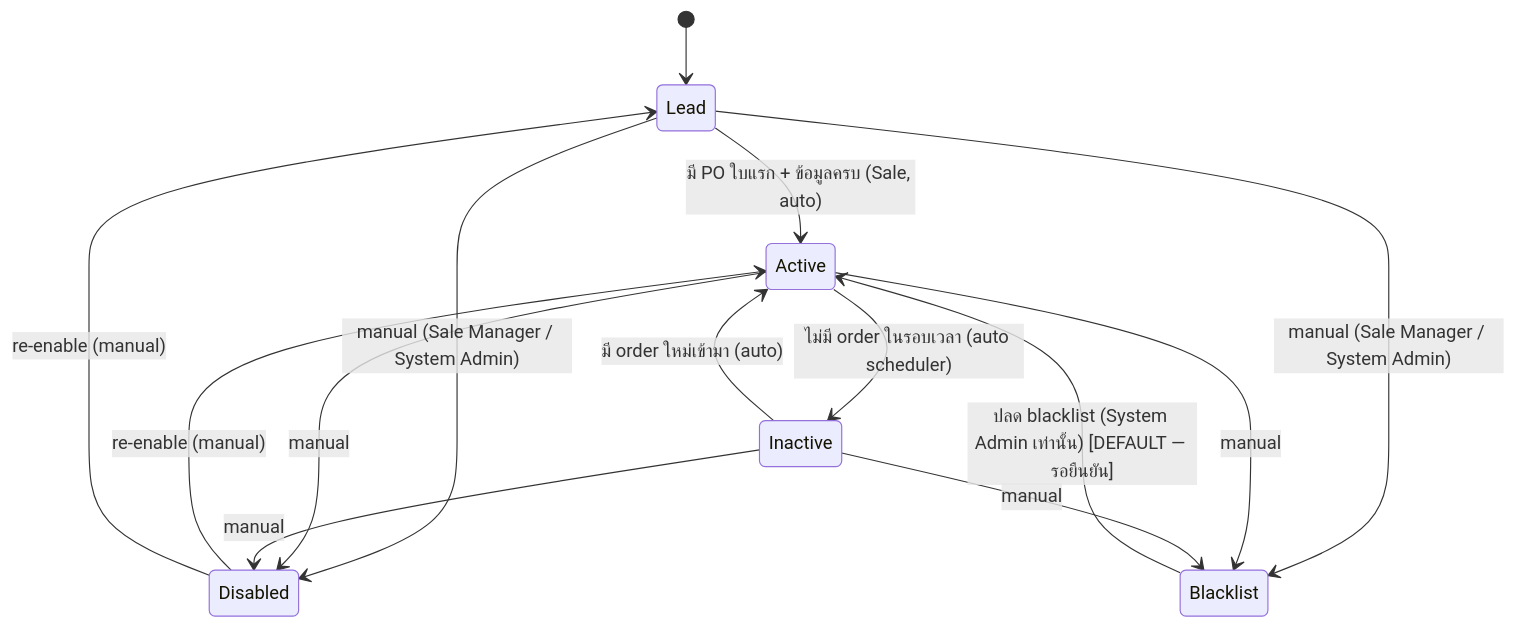
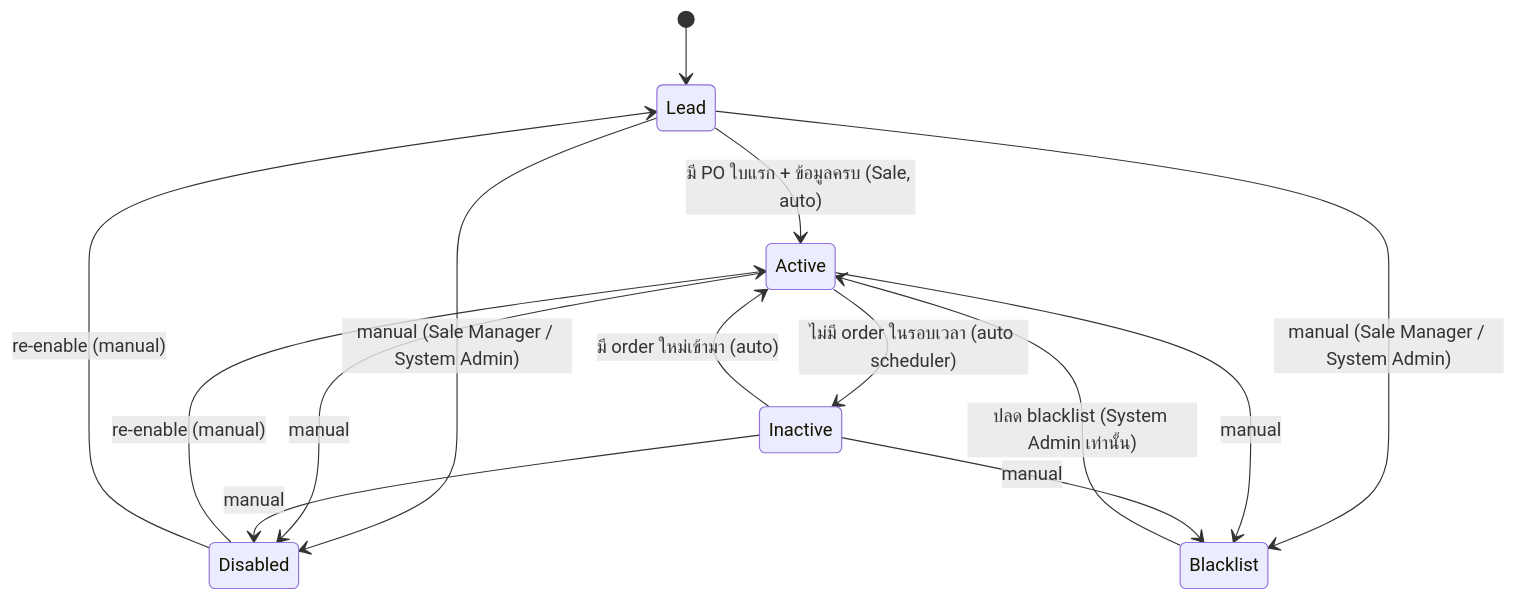
One commit to sitthi-phat/erp-cosmetics-manufacturing-module changed the first of 7 diagrams in docs/requirements/erp-v2-ui-first/status-journeys.md. Above: the diagram before and after it, drawn with Mermaid. The commit also changed other lines of this file and 28 other files, not shown here.

````diff
--- a/docs/requirements/erp-v2-ui-first/status-journeys.md
+++ b/docs/requirements/erp-v2-ui-first/status-journeys.md
@@ -25,16 +26,16 @@
 ```mermaid
 stateDiagram-v2
     [*] --> Lead
     Lead --> Active: มี PO ใบแรก + ข้อมูลครบ (Sale, auto)
     Active --> Inactive: ไม่มี order ในรอบเวลา (auto scheduler)
     Inactive --> Active: มี order ใหม่เข้ามา (auto)
     Lead --> Disabled: manual (Sale Manager / System Admin)
     Active --> Disabled: manual
     Inactive --> Disabled: manual
     Lead --> Blacklist: manual (Sale Manager / System Admin)
     Active --> Blacklist: manual
     Inactive --> Blacklist: manual
     Disabled --> Active: re-enable (manual)
     Disabled --> Lead: re-enable (manual)
-    Blacklist --> Active: ปลด blacklist (System Admin เท่านั้น) [DEFAULT — รอยืนยัน]
+    Blacklist --> Active: ปลด blacklist (System Admin เท่านั้น)
 ```
````
